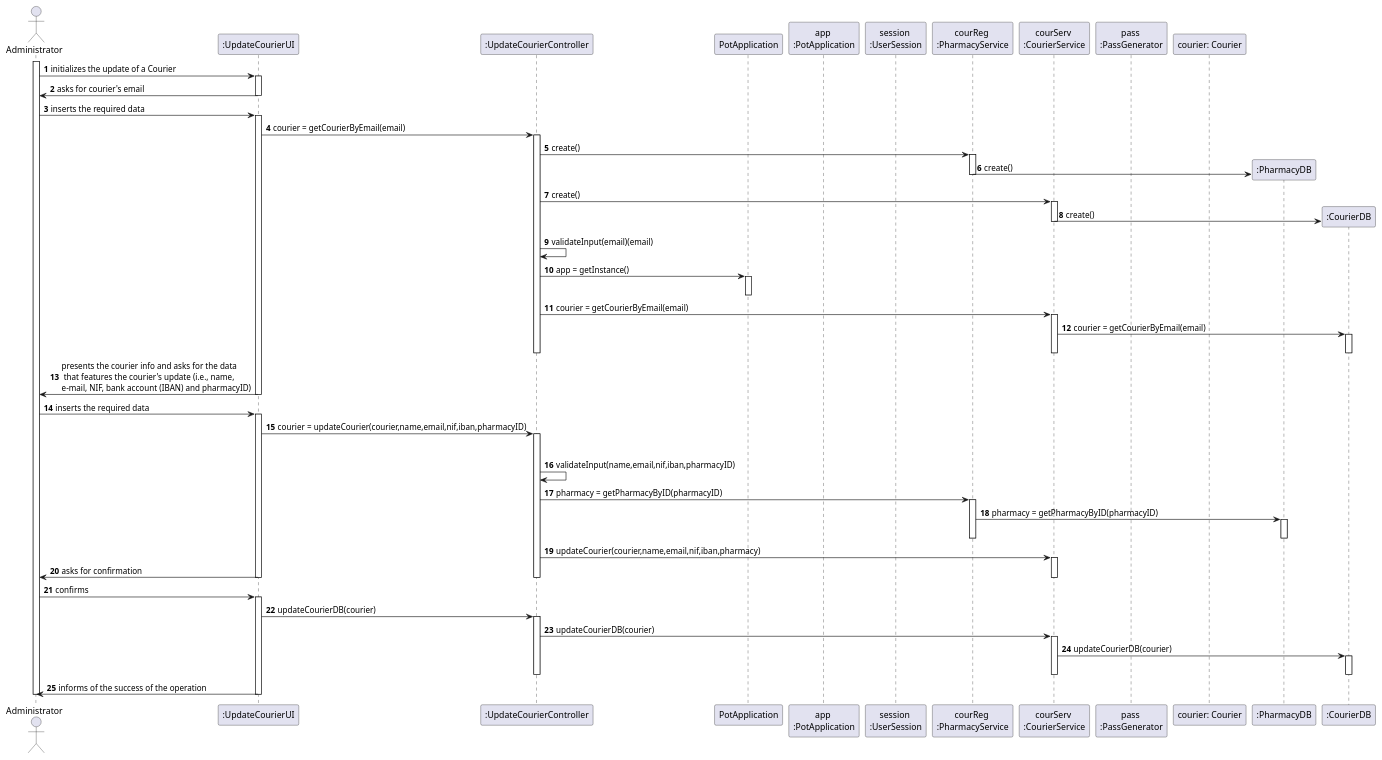
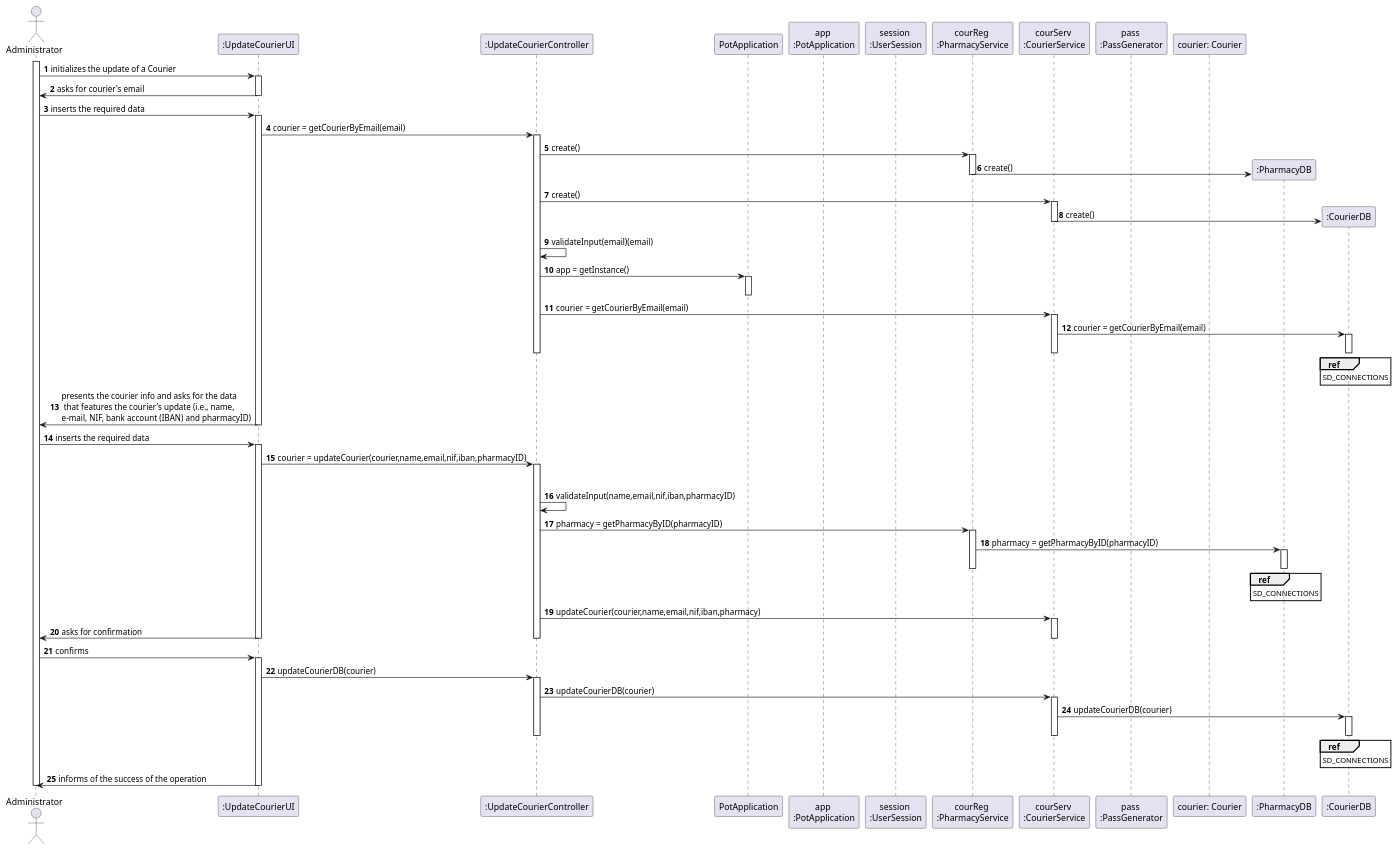
The diagram in docs/Iteration 3/Courier Management/Refinement/US29_UpdateCourier/US29_SD.puml (tiagoavcosta25/LAPR3), drawn with PlantUML before and after one commit. The commit also changed 10 other files, not shown here.

```diff
--- a/docs/Iteration 3/Courier Management/Refinement/US29_UpdateCourier/US29_SD.puml
+++ b/docs/Iteration 3/Courier Management/Refinement/US29_UpdateCourier/US29_SD.puml
@@ -1,89 +1,94 @@
 @startuml
 autonumber
 actor "Administrator" as ADMIN
 
 participant ":UpdateCourierUI" as UI
 participant ":UpdateCourierController" as CTRL
 participant "PotApplication" as PA
 participant "app \n:PotApplication" as APA
 participant "session \n:UserSession" as US
 participant "courReg \n:PharmacyService" as PR
 participant "courServ \n:CourierService" as RF
 participant "pass \n:PassGenerator" as PS
 participant "courier: Courier" as CR
 participant ":PharmacyDB" as PDB
 participant ":CourierDB" as CDB
 
 activate ADMIN
 
 ADMIN -> UI : initializes the update of a Courier
 activate UI
 UI -> ADMIN : asks for courier's email
 deactivate UI
 
 ADMIN -> UI : inserts the required data
 activate UI
 UI -> CTRL : courier = getCourierByEmail(email)
 activate CTRL
 CTRL -> PR : create()
 activate PR
 PR -> PDB** : create()
 deactivate PR
 CTRL -> RF : create()
 activate RF
 RF -> CDB** : create()
 deactivate RF
 
 CTRL -> CTRL : validateInput(email)(email)
 CTRL -> PA : app = getInstance()
 activate PA
 deactivate PA
 CTRL -> RF : courier = getCourierByEmail(email)
 activate RF
 RF -> CDB : courier = getCourierByEmail(email)
+ref over CDB : SD_CONNECTIONS
+
 activate CDB
 deactivate RF
 deactivate CDB
 deactivate CTRL
 
 
 UI -> ADMIN : presents the courier info and asks for the data\n that features the courier's update (i.e., name, \ne-mail, NIF, bank account (IBAN) and pharmacyID)
 deactivate UI
 
 ADMIN -> UI : inserts the required data
 activate UI
 UI -> CTRL : courier = updateCourier(courier,name,email,nif,iban,pharmacyID)
 activate CTRL
 deactivate US
 CTRL -> CTRL : validateInput(name,email,nif,iban,pharmacyID)
 CTRL -> PR : pharmacy = getPharmacyByID(pharmacyID)
 activate PR
 PR -> PDB : pharmacy = getPharmacyByID(pharmacyID)
+ref over PDB : SD_CONNECTIONS
+
 activate PDB
 
 deactivate PR
 deactivate PDB
 deactivate RF
 CTRL -> RF : updateCourier(courier,name,email,nif,iban,pharmacy)
 activate RF
 UI -> ADMIN : asks for confirmation
 deactivate RF
 deactivate CTRL
 deactivate UI
 ADMIN -> UI : confirms
 activate UI
 UI -> CTRL : updateCourierDB(courier)
 activate CTRL
 CTRL -> RF : updateCourierDB(courier)
 activate RF
 RF -> CDB : updateCourierDB(courier)
+ref over CDB : SD_CONNECTIONS
 activate CDB
 deactivate CDB
 deactivate RF
 deactivate CTRL
 UI -> ADMIN : informs of the success of the operation
 deactivate UI
 
 deactivate ADMIN
 
 @enduml
```
